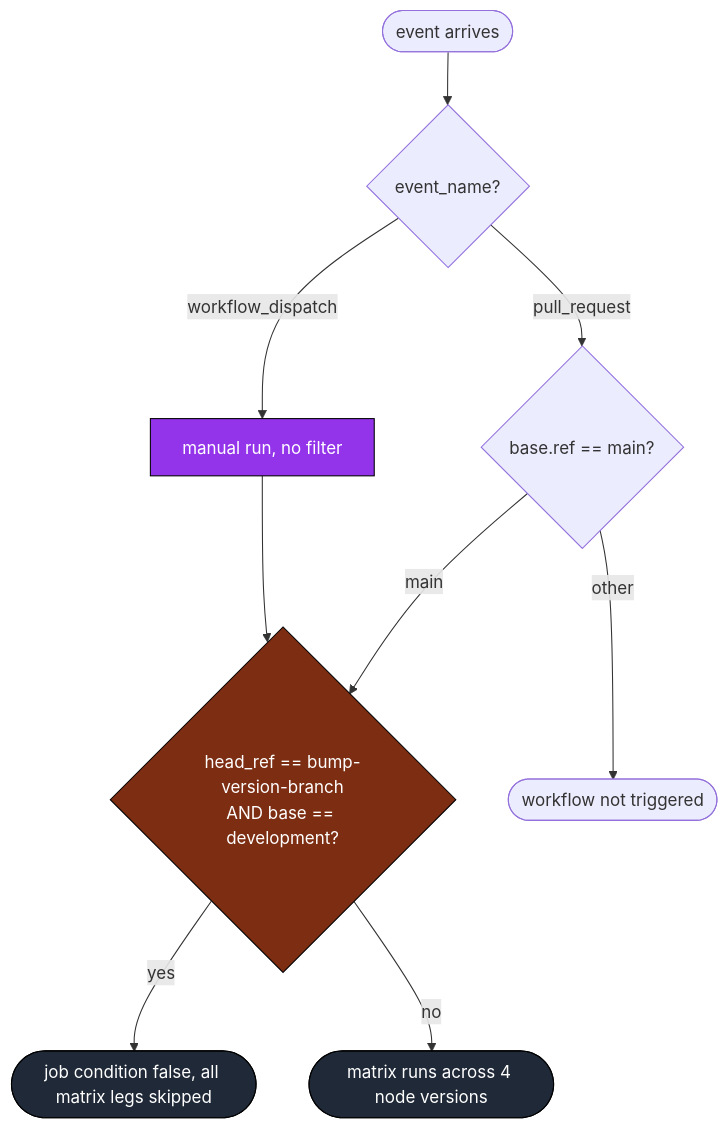
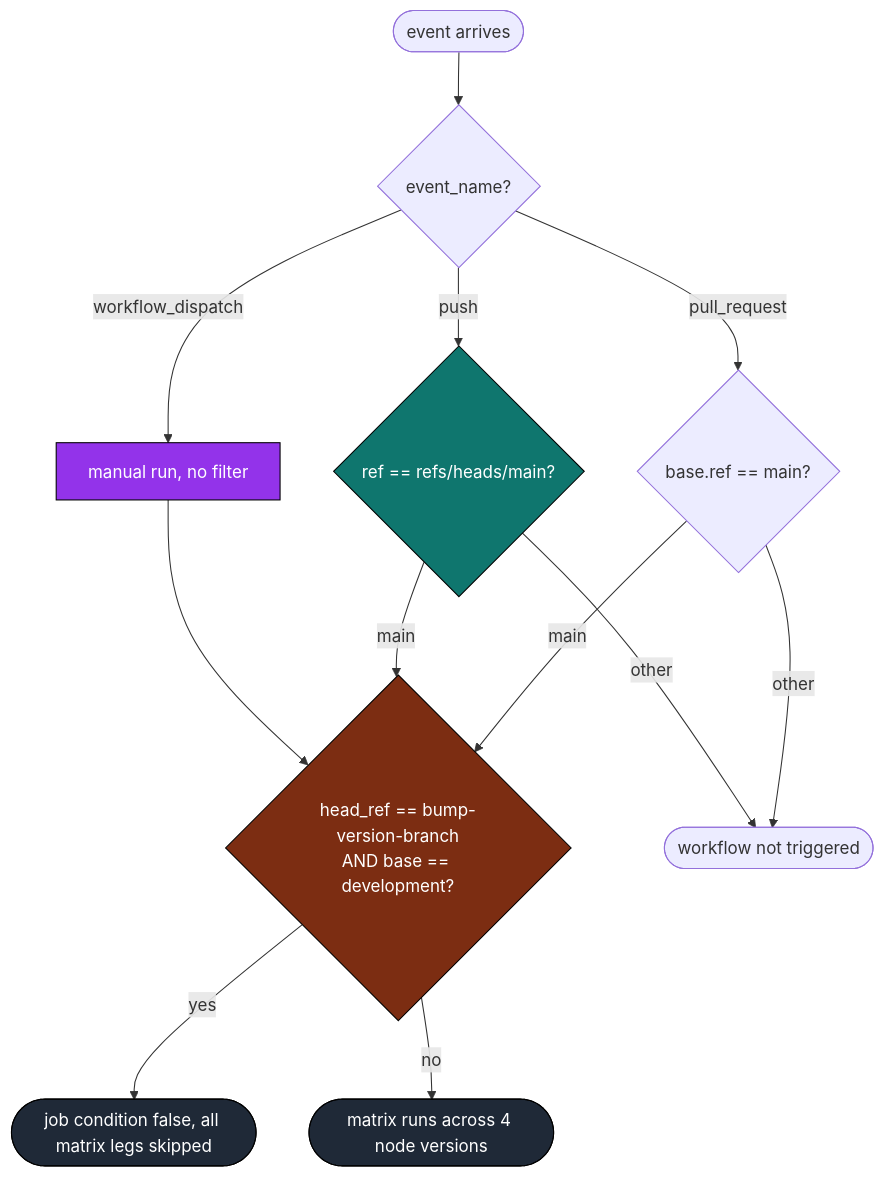
One commit to gregreindel/llm-exe changed the second of 9 diagrams in .github/docs/TESTS_DEEP_DIVE.md. Above: the diagram before and after it, drawn with Mermaid. The commit also changed other lines of this file and 3 other files, not shown here.

First line of the commit message:
docs: sync tests deep dive, workflow architecture, and workflows index after tests.yml push trigger added

````diff
--- a/.github/docs/TESTS_DEEP_DIVE.md
+++ b/.github/docs/TESTS_DEEP_DIVE.md
@@ -83,22 +85,27 @@
 ```mermaid
 flowchart TB
     classDef pr fill:#0e7490,color:#fff,stroke:#000
     classDef manual fill:#9333ea,color:#fff,stroke:#000
+    classDef push fill:#0f766e,color:#fff,stroke:#000
     classDef gate fill:#7c2d12,color:#fff,stroke:#000
     classDef out fill:#1f2937,color:#fff,stroke:#000
 
     start([event arrives])
     start --> ev{event_name?}
 
     ev -->|pull_request| pr1{base.ref == main?}
     ev -->|workflow_dispatch| disp[manual run, no filter]:::manual
+    ev -->|push| pu1{ref == refs/heads/main?}:::push
 
     pr1 -->|main| bypass
     pr1 -->|other| ignore([workflow not triggered])
+
+    pu1 -->|main| bypass
+    pu1 -->|other| ignore
 
     disp --> bypass
 
     bypass{head_ref == bump-version-branch\nAND base == development?}:::gate
     bypass -->|yes| skipJob([job condition false, all matrix legs skipped]):::out
     bypass -->|no| runJob([matrix runs across 4 node versions]):::out
 ```
````
